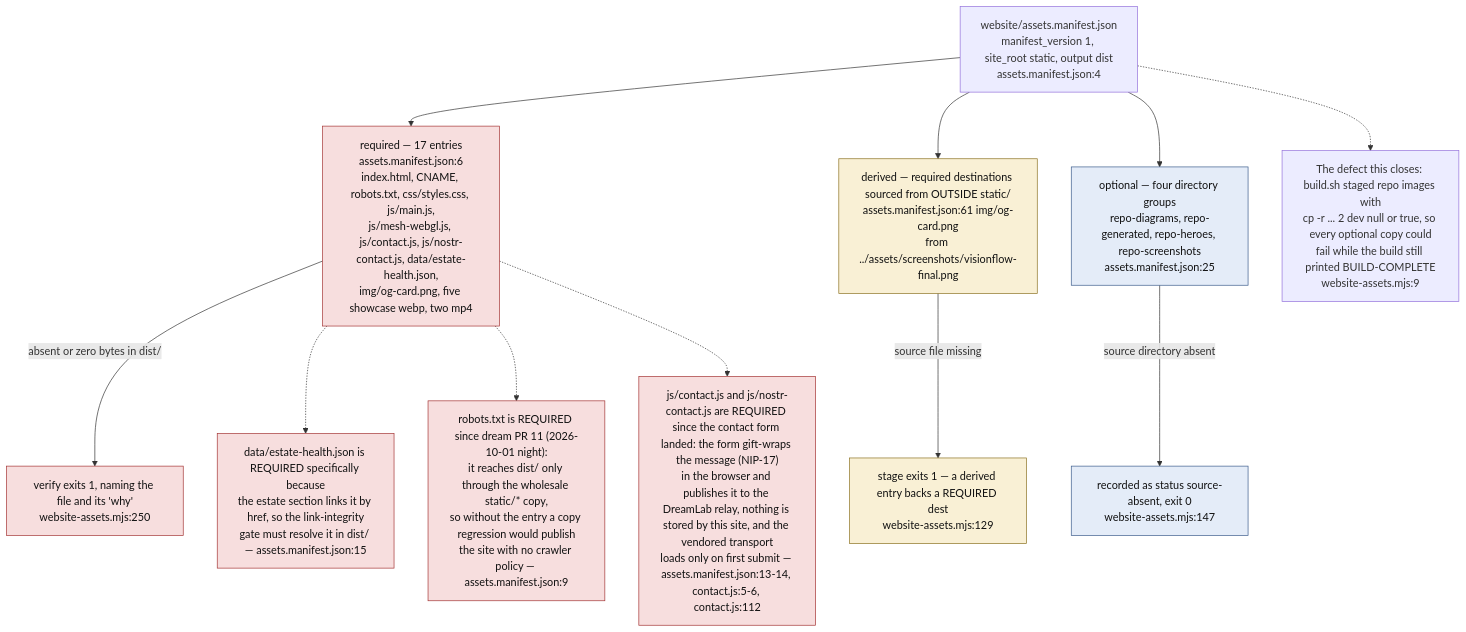
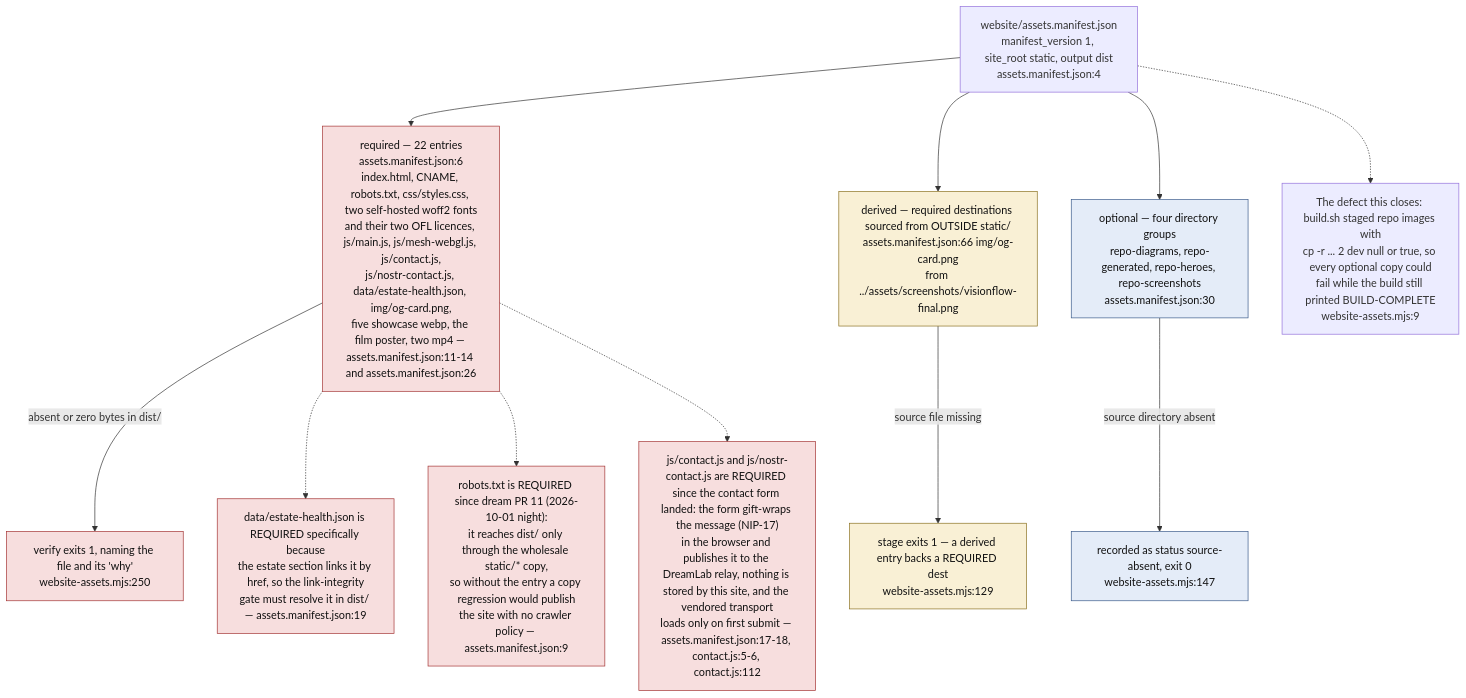
One commit to DreamLab-AI/VisionFlow changed the third of 12 diagrams in docs/diagrams/visionflow/02-website-build-and-deploy.md. Above: the diagram before and after it, drawn with Mermaid. The commit also changed other lines of this file and 7 other files, not shown here.

````diff
--- a/docs/diagrams/visionflow/02-website-build-and-deploy.md
+++ b/docs/diagrams/visionflow/02-website-build-and-deploy.md
@@ -106,26 +106,26 @@
 ```mermaid
 flowchart TB
     classDef req fill:#f7dede,stroke:#a33333,color:#111
     classDef der fill:#f9f0d5,stroke:#8a7020,color:#111
     classDef opt fill:#e4ecf8,stroke:#3a5a8a,color:#111
 
     M["website/assets.manifest.json<br/>manifest_version 1, site_root static, output dist<br/>assets.manifest.json:4"]
 
-    M --> REQ["required — 17 entries<br/>assets.manifest.json:6<br/>index.html, CNAME, robots.txt, css/styles.css, js/main.js,<br/>js/mesh-webgl.js, js/contact.js, js/nostr-contact.js, data/estate-health.json,<br/>img/og-card.png, five showcase webp, two mp4"]:::req
-    M --> DER["derived — required destinations sourced from OUTSIDE static/<br/>assets.manifest.json:61 img/og-card.png<br/>from ../assets/screenshots/visionflow-final.png"]:::der
-    M --> OPT["optional — four directory groups<br/>repo-diagrams, repo-generated, repo-heroes, repo-screenshots<br/>assets.manifest.json:25"]:::opt
+    M --> REQ["required — 22 entries<br/>assets.manifest.json:6<br/>index.html, CNAME, robots.txt, css/styles.css, two self-hosted woff2 fonts<br/>and their two OFL licences, js/main.js, js/mesh-webgl.js, js/contact.js,<br/>js/nostr-contact.js, data/estate-health.json, img/og-card.png,<br/>five showcase webp, the film poster, two mp4 — assets.manifest.json:11-14 and assets.manifest.json:26"]:::req
+    M --> DER["derived — required destinations sourced from OUTSIDE static/<br/>assets.manifest.json:66 img/og-card.png<br/>from ../assets/screenshots/visionflow-final.png"]:::der
+    M --> OPT["optional — four directory groups<br/>repo-diagrams, repo-generated, repo-heroes, repo-screenshots<br/>assets.manifest.json:30"]:::opt
 
     REQ -->|"absent or zero bytes in dist/"| F1["verify exits 1, naming the file and its 'why'<br/>website-assets.mjs:250"]:::req
     DER -->|"source file missing"| F2["stage exits 1 — a derived entry backs a REQUIRED dest<br/>website-assets.mjs:129"]:::der
     OPT -->|"source directory absent"| F3["recorded as status source-absent, exit 0<br/>website-assets.mjs:147"]:::opt
 
     HIST["The defect this closes: build.sh staged repo images with<br/>cp -r ... 2 dev null or true, so every optional copy could<br/>fail while the build still printed BUILD-COMPLETE<br/>website-assets.mjs:9"]
     M -.-> HIST
 
-    LINK["data/estate-health.json is REQUIRED specifically because<br/>the estate section links it by href, so the link-integrity<br/>gate must resolve it in dist/ — assets.manifest.json:15"]:::req
+    LINK["data/estate-health.json is REQUIRED specifically because<br/>the estate section links it by href, so the link-integrity<br/>gate must resolve it in dist/ — assets.manifest.json:19"]:::req
     REQ -.-> LINK
     ROBOTS["robots.txt is REQUIRED since dream PR 11 (2026-10-01 night):<br/>it reaches dist/ only through the wholesale static/* copy,<br/>so without the entry a copy regression would publish<br/>the site with no crawler policy — assets.manifest.json:9"]:::req
     REQ -.-> ROBOTS
-    CONTACT["js/contact.js and js/nostr-contact.js are REQUIRED since the contact form landed: the form gift-wraps the message (NIP-17)<br/>in the browser and publishes it to the DreamLab relay, nothing is stored by this site, and the vendored transport<br/>loads only on first submit — assets.manifest.json:13-14, contact.js:5-6, contact.js:112"]:::req
+    CONTACT["js/contact.js and js/nostr-contact.js are REQUIRED since the contact form landed: the form gift-wraps the message (NIP-17)<br/>in the browser and publishes it to the DreamLab relay, nothing is stored by this site, and the vendored transport<br/>loads only on first submit — assets.manifest.json:17-18, contact.js:5-6, contact.js:112"]:::req
     REQ -.-> CONTACT
 ```
````
